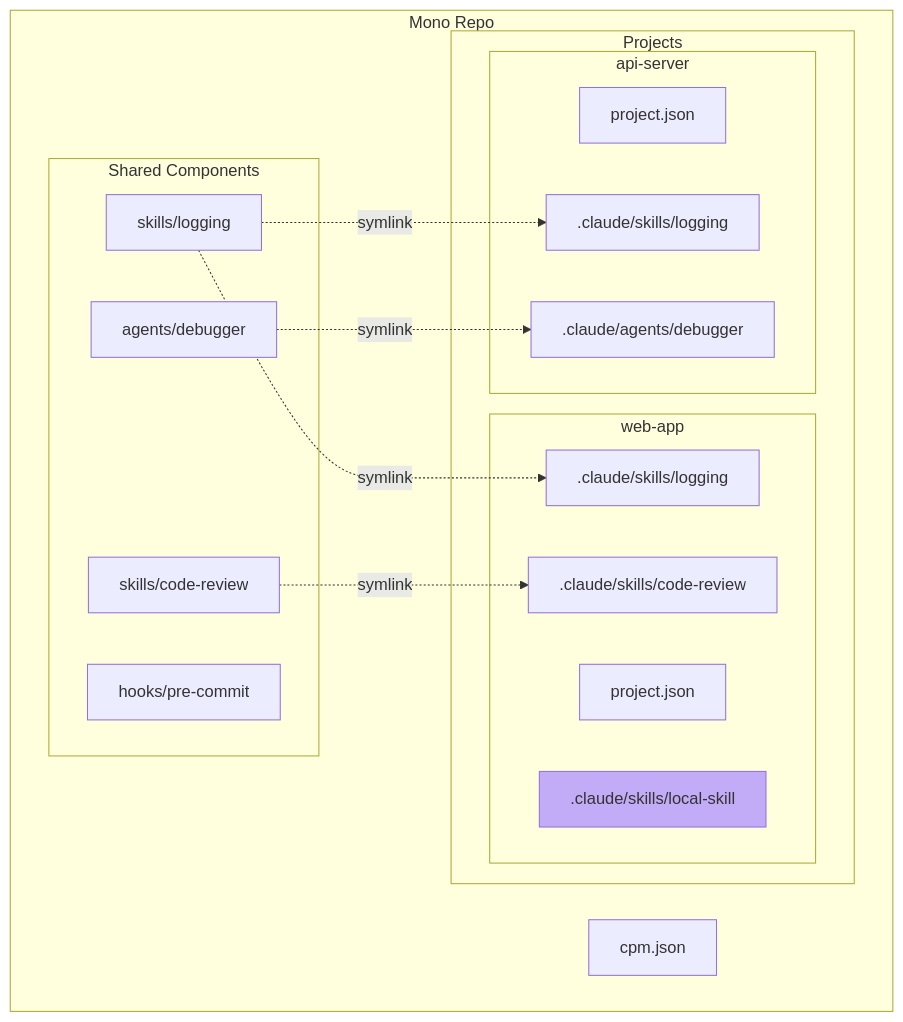
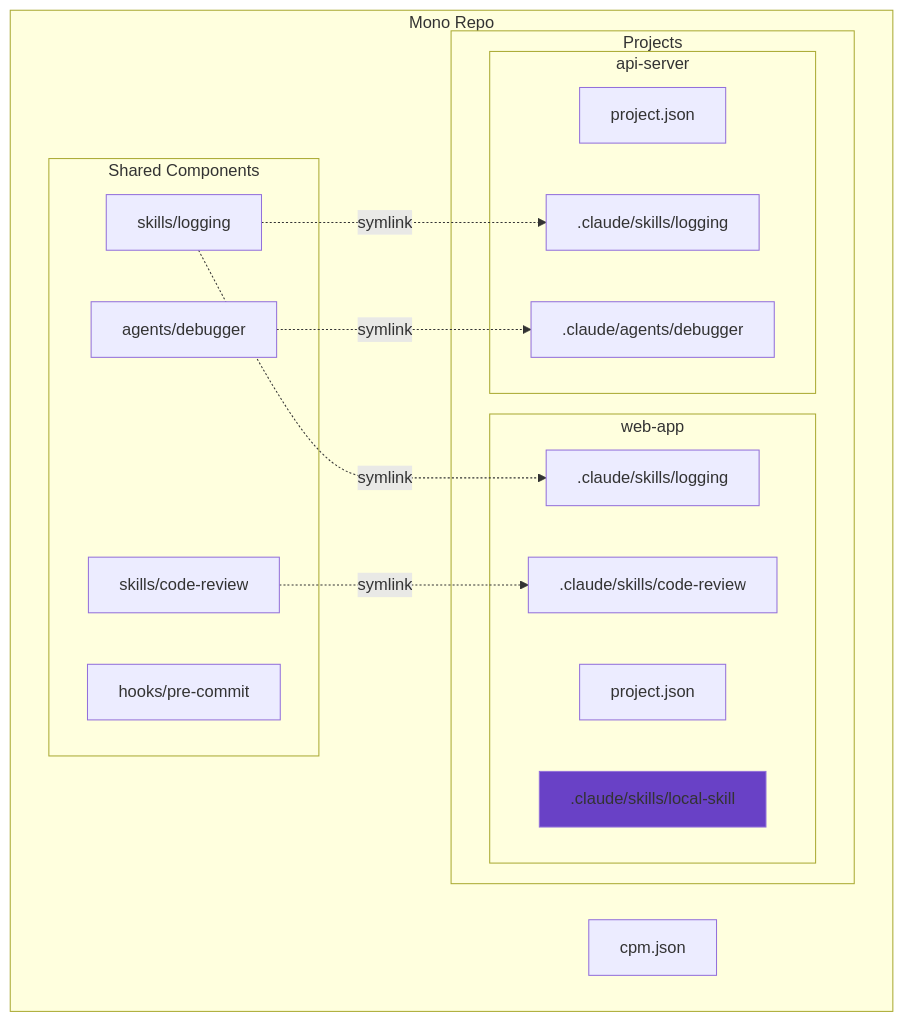
Before and after one commit to transilienceai/cldpm: the first of 5 diagrams in README.md, drawn with Mermaid. The commit also changed other lines of this file and 48 other files, not shown here.

````diff
--- a/README.md
+++ b/README.md
@@ -12,35 +12,35 @@
 ```mermaid
 graph TB
     subgraph "Mono Repo"
         CPM[cpm.json]
 
         subgraph "Shared Components"
             S1[skills/logging]
             S2[skills/code-review]
             A1[agents/debugger]
             H1[hooks/pre-commit]
         end
 
         subgraph "Projects"
             subgraph "web-app"
                 P1[project.json]
                 C1[.claude/skills/logging]
                 C2[.claude/skills/code-review]
                 L1[.claude/skills/local-skill]
             end
 
             subgraph "api-server"
                 P2[project.json]
                 C3[.claude/skills/logging]
                 C4[.claude/agents/debugger]
             end
         end
     end
 
     S1 -.->|symlink| C1
     S1 -.->|symlink| C3
     S2 -.->|symlink| C2
     A1 -.->|symlink| C4
 
-    style L1 fill:#c2abf7
+    style L1 fill:#6941c6
 ```
````
